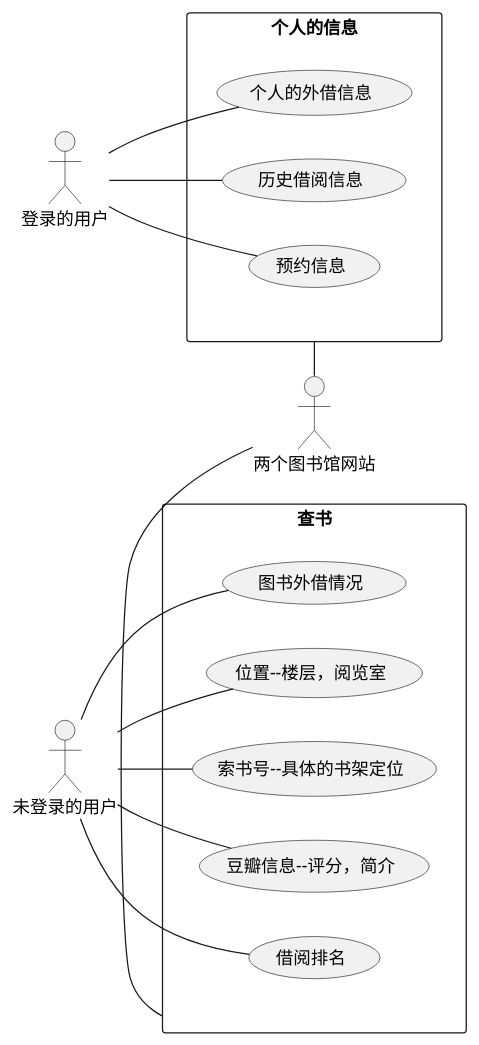
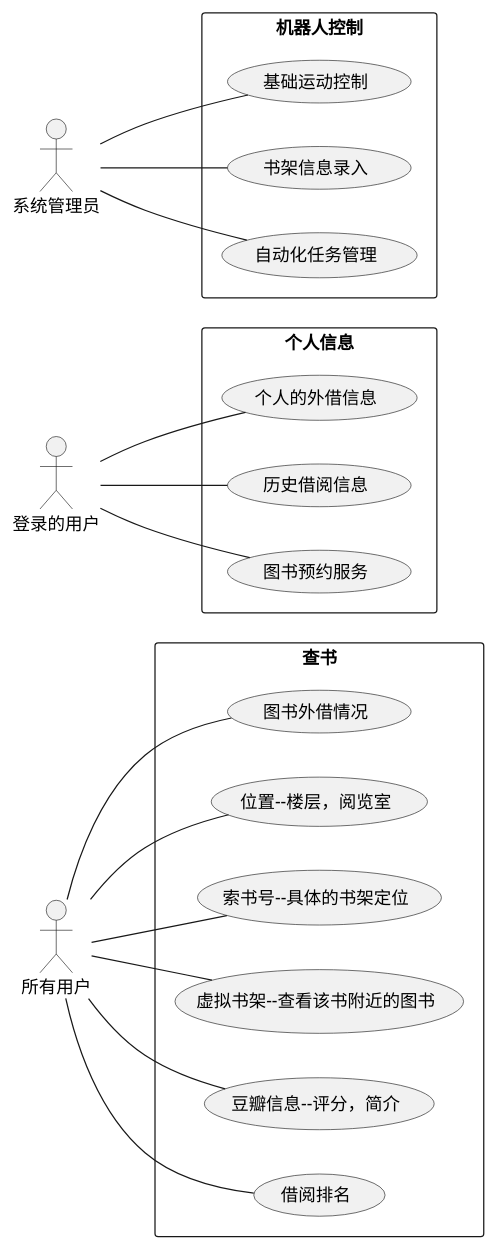
Before and after one commit to qq849012418/lib_2020_android: the diagram in app/src/main/java/com/example/steven/sjtu_lib_v2/uml/用例图/用例图.puml, drawn with PlantUML. The commit also changed 16 other files, not shown here.

```diff
--- a/app/src/main/java/com/example/steven/sjtu_lib_v2/uml/用例图/用例图.puml
+++ b/app/src/main/java/com/example/steven/sjtu_lib_v2/uml/用例图/用例图.puml
@@ -1,24 +1,30 @@
 @startuml
 left to right direction
 skinparam packagestyle rect
-actor 未登录的用户
+actor 所有用户
 actor 登录的用户
-actor 两个图书馆网站
+actor 系统管理员
+
 
 rectangle 查书{
- 未登录的用户 -- (图书外借情况)
- 未登录的用户 -- (位置--楼层，阅览室)
- 未登录的用户 -- (索书号--具体的书架定位)
- 未登录的用户 -- (豆瓣信息--评分，简介)
- 未登录的用户 -- (借阅排名)
- 查书-right-两个图书馆网站
+ 所有用户 -- (图书外借情况)
+ 所有用户 -- (位置--楼层，阅览室)
+ 所有用户 -- (索书号--具体的书架定位)
+ 所有用户 -- (虚拟书架--查看该书附近的图书)
+ 所有用户 -- (豆瓣信息--评分，简介)
+ 所有用户 -- (借阅排名)
+
 }
 
-rectangle 个人的信息{
+rectangle 个人信息{
  登录的用户--(个人的外借信息)
  登录的用户--(历史借阅信息)
- 登录的用户--(预约信息)
- 个人的信息-right-两个图书馆网站
+ 登录的用户--(图书预约服务)
 }
 
+rectangle 机器人控制{
+ 系统管理员 -- (基础运动控制)
+ 系统管理员 -- (书架信息录入)
+ 系统管理员 -- (自动化任务管理)
+}
 @enduml
```
